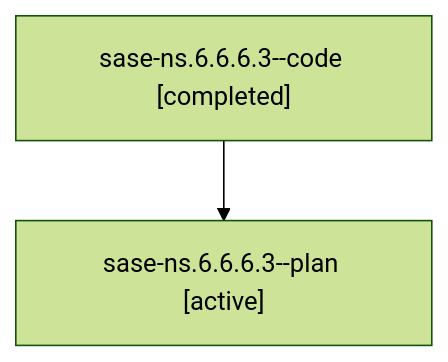
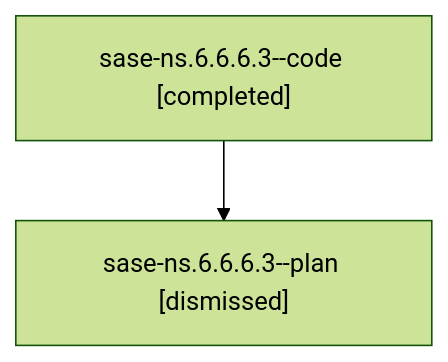
Before and after one commit to sase-org/sase--agents: the diagram in sessions/bbugyi200.athena.sase-ns.6.6.6.3.md, drawn with Mermaid (forest theme). The commit also changed other lines of this file and 134 other files, not shown here.

````diff
--- a/sessions/bbugyi200.athena.sase-ns.6.6.6.3.md
+++ b/sessions/bbugyi200.athena.sase-ns.6.6.6.3.md
@@ -9,6 +9,6 @@
 ```mermaid
 flowchart TD
   n0["sase-ns.6.6.6.3--code [completed]"]
-  n1["sase-ns.6.6.6.3--plan [active]"]
+  n1["sase-ns.6.6.6.3--plan [dismissed]"]
   n0 --> n1
 ```
````
